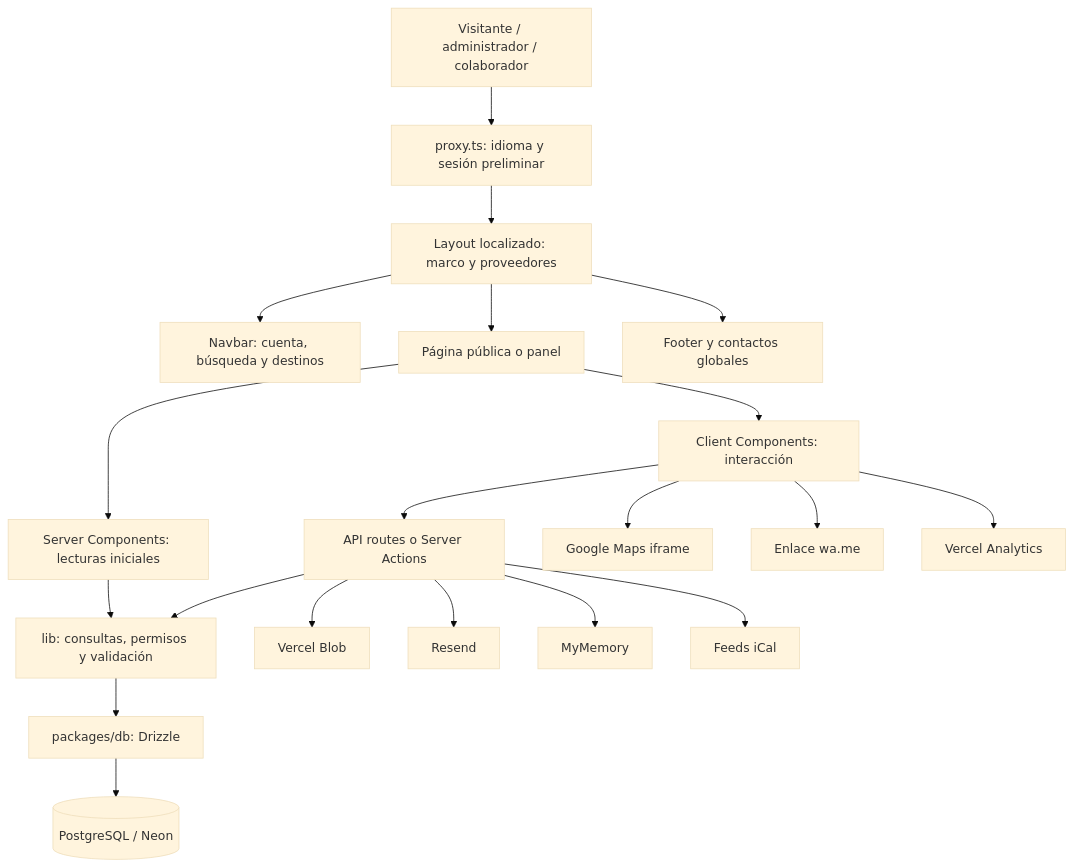
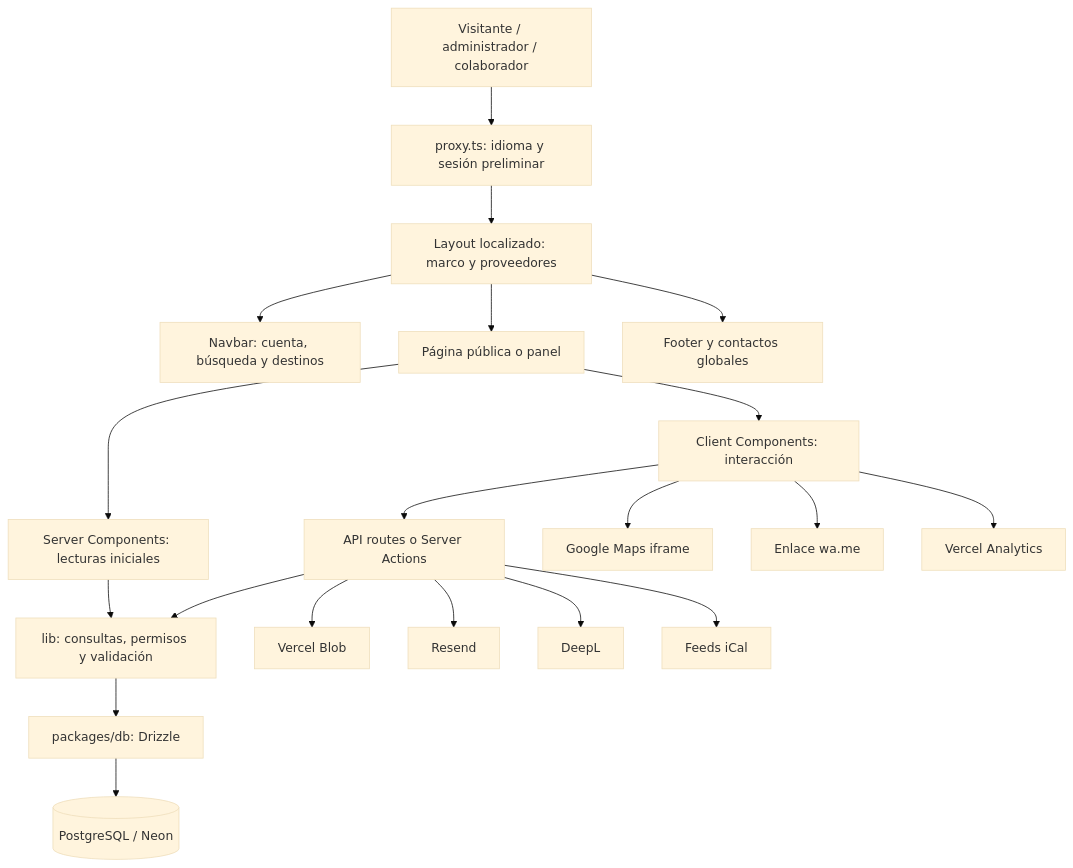
One commit to Sup3rone/portal-casas changed the first of 4 diagrams in docs/MAPA-DEL-PROYECTO.md. Above: the diagram before and after it, drawn with Mermaid (base theme). The commit also changed other lines of this file and 34 other files, not shown here.

````diff
--- a/docs/MAPA-DEL-PROYECTO.md
+++ b/docs/MAPA-DEL-PROYECTO.md
@@ -47,22 +47,22 @@
 ```mermaid
 flowchart TD
   U[Visitante / administrador / colaborador] --> P[proxy.ts: idioma y sesión preliminar]
   P --> L[Layout localizado: marco y proveedores]
   L --> N[Navbar: cuenta, búsqueda y destinos]
   L --> R[Página pública o panel]
   L --> F[Footer y contactos globales]
   R --> S[Server Components: lecturas iniciales]
   R --> C[Client Components: interacción]
   C --> A[API routes o Server Actions]
   S --> LIB[lib: consultas, permisos y validación]
   A --> LIB
   LIB --> DB[packages/db: Drizzle]
   DB --> NEON[(PostgreSQL / Neon)]
   A --> BLOB[Vercel Blob]
   A --> MAIL[Resend]
-  A --> TR[MyMemory]
+  A --> TR[DeepL]
   A --> ICAL[Feeds iCal]
   C --> MAP[Google Maps iframe]
   C --> WA[Enlace wa.me]
   C --> AN[Vercel Analytics]
 ```
````
